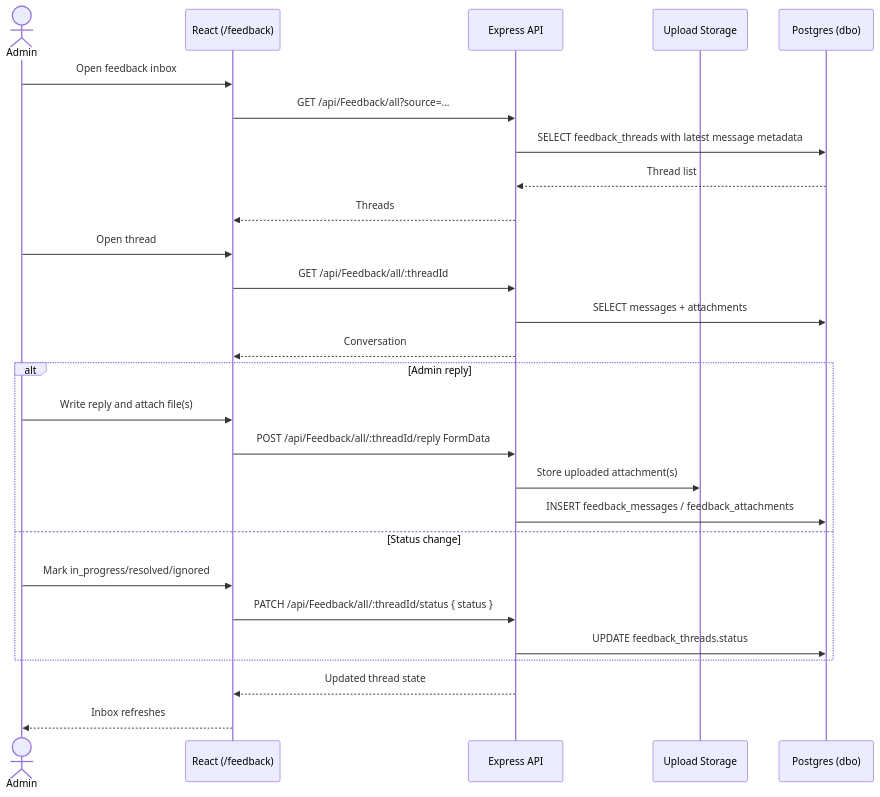
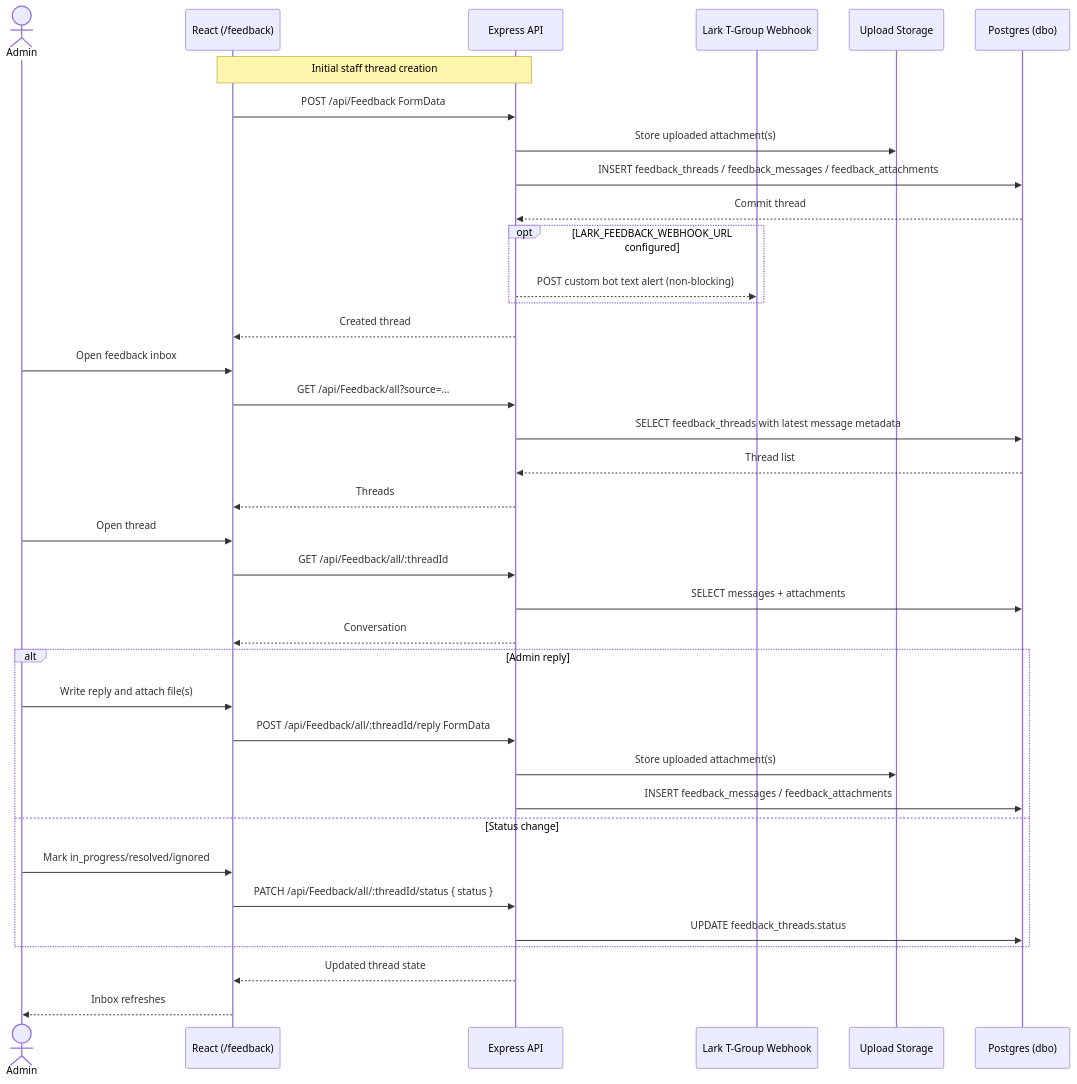
Before and after one commit to niiiusburo/Tgroup: diagram 11 of 14 in docs/WORKFLOWS.md, drawn with Mermaid. The commit also changed other lines of this file and 35 other files, not shown here.

````diff
--- a/docs/WORKFLOWS.md
+++ b/docs/WORKFLOWS.md
@@ -445,30 +445,41 @@
 ```mermaid
 sequenceDiagram
     actor A as Admin
     participant FE as React (/feedback)
     participant API as Express API
+    participant Lark as Lark T-Group Webhook
     participant FS as Upload Storage
     participant DB as Postgres (dbo)
+
+    Note over FE,API: Initial staff thread creation
+    FE->>API: POST /api/Feedback FormData
+    API->>FS: Store uploaded attachment(s)
+    API->>DB: INSERT feedback_threads / feedback_messages / feedback_attachments
+    DB-->>API: Commit thread
+    opt LARK_FEEDBACK_WEBHOOK_URL configured
+        API-->>Lark: POST custom bot text alert (non-blocking)
+    end
+    API-->>FE: Created thread
 
     A->>FE: Open feedback inbox
     FE->>API: GET /api/Feedback/all?source=...
     API->>DB: SELECT feedback_threads with latest message metadata
     DB-->>API: Thread list
     API-->>FE: Threads
     A->>FE: Open thread
     FE->>API: GET /api/Feedback/all/:threadId
     API->>DB: SELECT messages + attachments
     API-->>FE: Conversation
     alt Admin reply
         A->>FE: Write reply and attach file(s)
         FE->>API: POST /api/Feedback/all/:threadId/reply FormData
         API->>FS: Store uploaded attachment(s)
         API->>DB: INSERT feedback_messages / feedback_attachments
     else Status change
         A->>FE: Mark in_progress/resolved/ignored
         FE->>API: PATCH /api/Feedback/all/:threadId/status { status }
         API->>DB: UPDATE feedback_threads.status
     end
     API-->>FE: Updated thread state
     FE-->>A: Inbox refreshes
 ```
````
